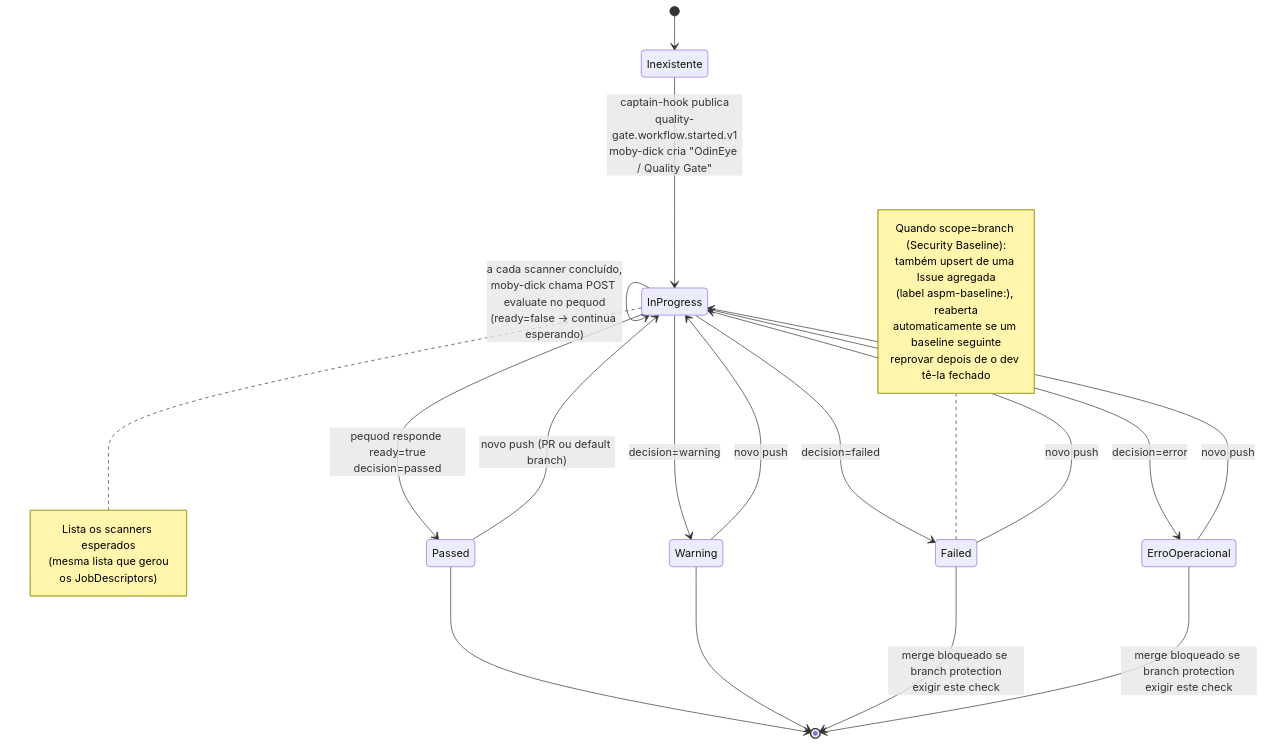
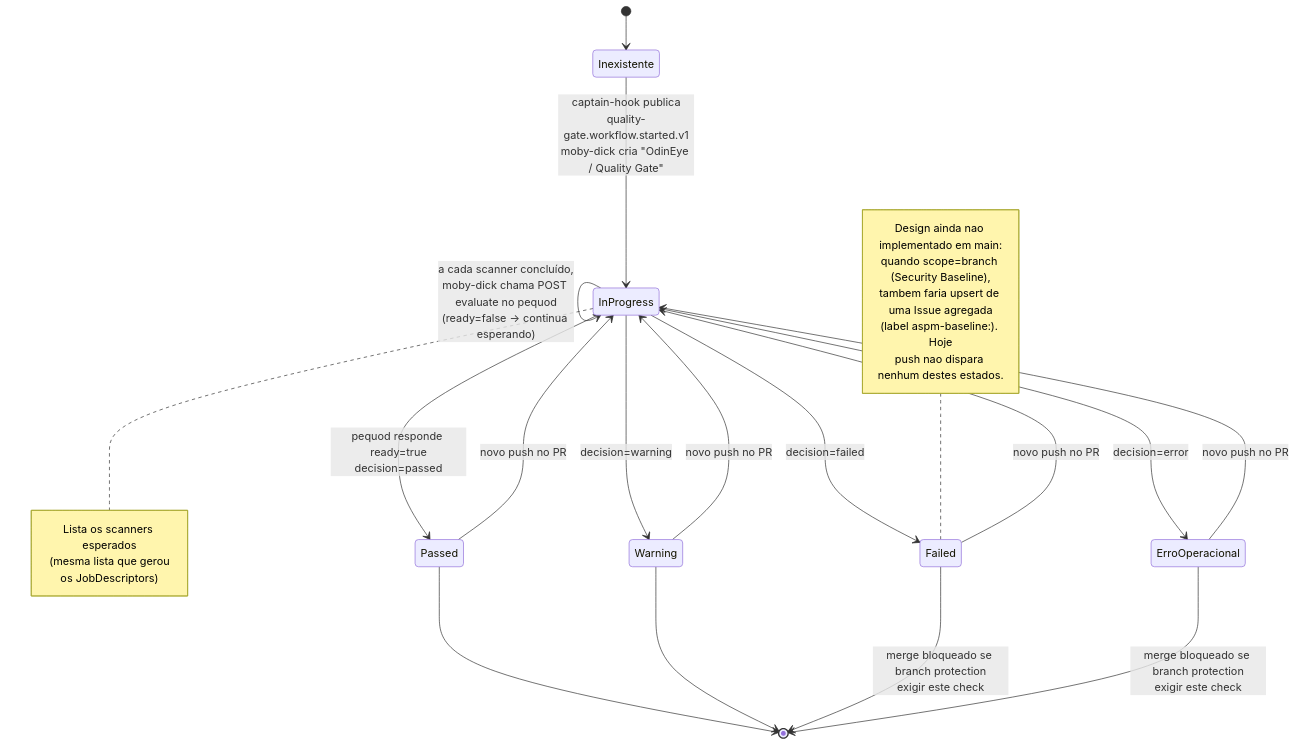
Before and after one commit to OdinEye-FIAP/aspm-docs: the fourth of 5 diagrams in docs/integration/check-run.md, drawn with Mermaid. The commit also changed other lines of this file and 1 other file, not shown here.

Commit message:
docs: corrigir check-run.md e onboarding-repo.md — Security Baseline nao esta em main

````diff
--- a/docs/integration/check-run.md
+++ b/docs/integration/check-run.md
@@ -221,36 +226,36 @@
 ```mermaid
 stateDiagram-v2
     [*] --> Inexistente
 
     Inexistente --> InProgress: captain-hook publica<br/>quality-gate.workflow.started.v1<br/>moby-dick cria "OdinEye / Quality Gate"
     note right of InProgress
         Lista os scanners esperados
         (mesma lista que gerou
         os JobDescriptors)
     end note
 
     InProgress --> InProgress: a cada scanner concluído,<br/>moby-dick chama POST evaluate no pequod<br/>(ready=false → continua esperando)
 
     InProgress --> Passed: pequod responde ready=true<br/>decision=passed
     InProgress --> Warning: decision=warning
     InProgress --> Failed: decision=failed
     InProgress --> ErroOperacional: decision=error
 
-    Passed --> InProgress: novo push (PR ou default branch)
-    Warning --> InProgress: novo push
-    Failed --> InProgress: novo push
-    ErroOperacional --> InProgress: novo push
+    Passed --> InProgress: novo push no PR
+    Warning --> InProgress: novo push no PR
+    Failed --> InProgress: novo push no PR
+    ErroOperacional --> InProgress: novo push no PR
 
     Passed --> [*]
     Warning --> [*]
     Failed --> [*]: merge bloqueado se branch protection<br/>exigir este check
     ErroOperacional --> [*]: merge bloqueado se branch protection<br/>exigir este check
 
     note left of Failed
-        Quando scope=branch (Security Baseline):
-        também upsert de uma Issue agregada
-        (label aspm-baseline:<branch>), reaberta
-        automaticamente se um baseline seguinte
-        reprovar depois de o dev tê-la fechado
+        Design ainda nao implementado em main:
+        quando scope=branch (Security Baseline),
+        tambem faria upsert de uma Issue agregada
+        (label aspm-baseline:<branch>). Hoje
+        push nao dispara nenhum destes estados.
     end note
 ```
````
